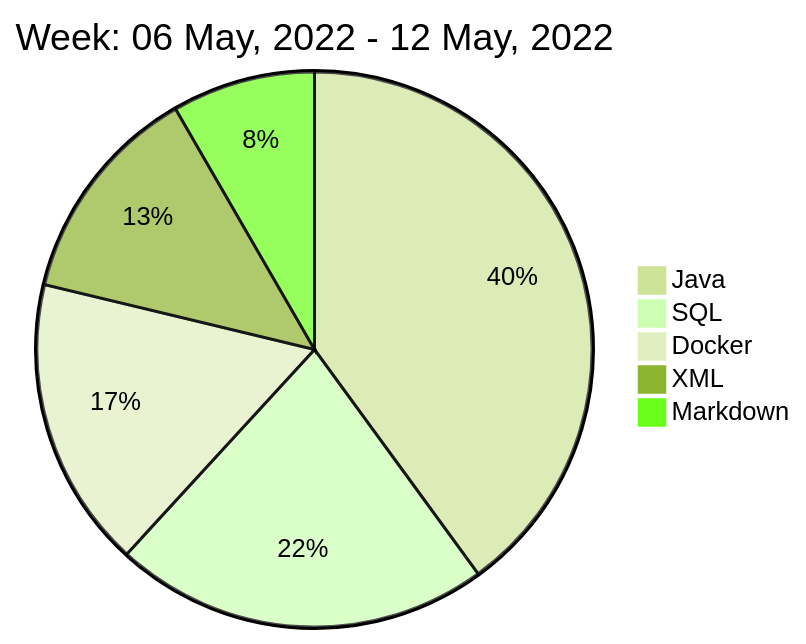
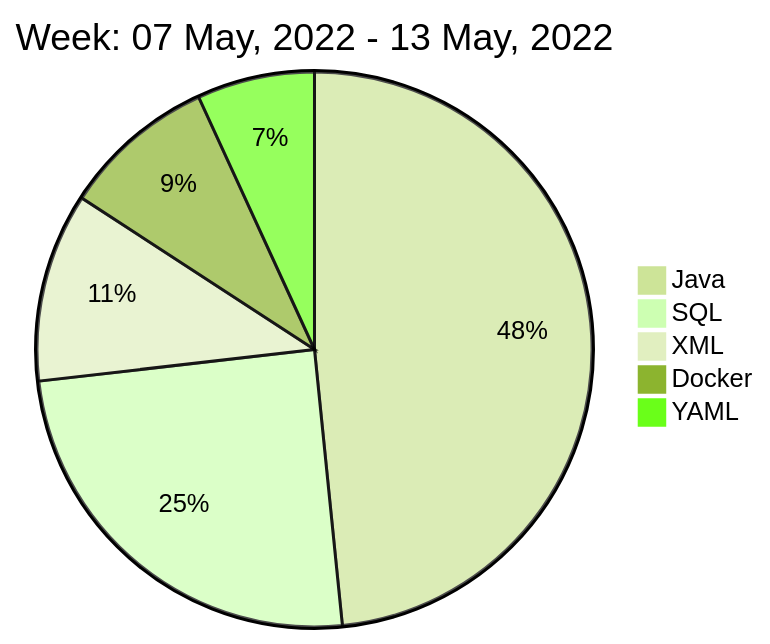
One commit to liubin95/liubin95 changed the diagram in README.md. Above: the diagram before and after it, drawn with Mermaid (forest theme).

Commit message:
Updated the Graph with new Metrics

````diff
--- a/README.md
+++ b/README.md
@@ -40,9 +40,9 @@
 ```mermaid
  pie
-title Week: 06 May, 2022 - 12 May, 2022
- "Java" : 8.73
- "SQL" : 4.77
- "Docker" : 3.7
- "XML" : 2.82
- "Markdown" : 1.82
+title Week: 07 May, 2022 - 13 May, 2022
+ "Java" : 10.25
+ "SQL" : 5.25
+ "XML" : 2.33
+ "Docker" : 1.9
+ "YAML" : 1.45
 ```
````
